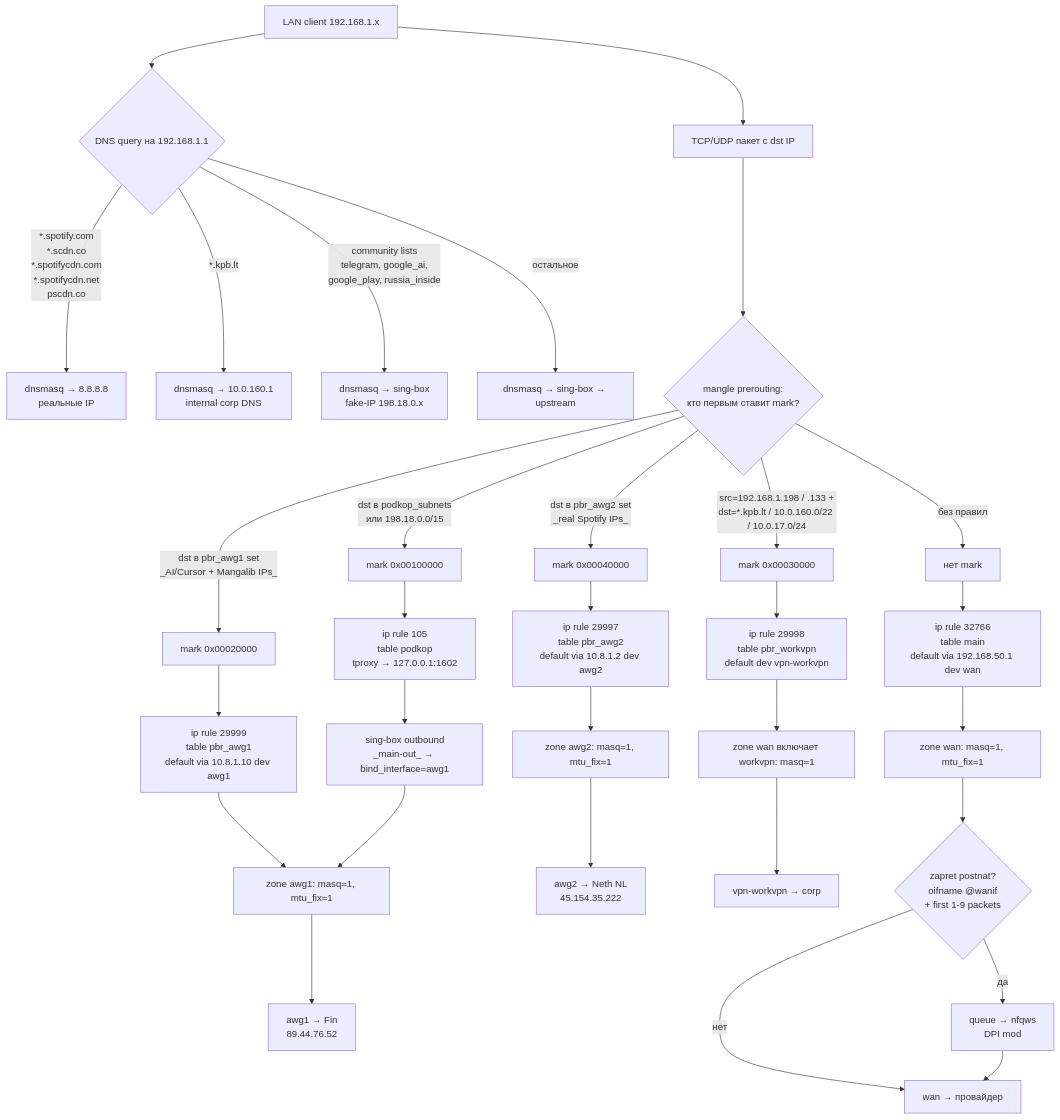
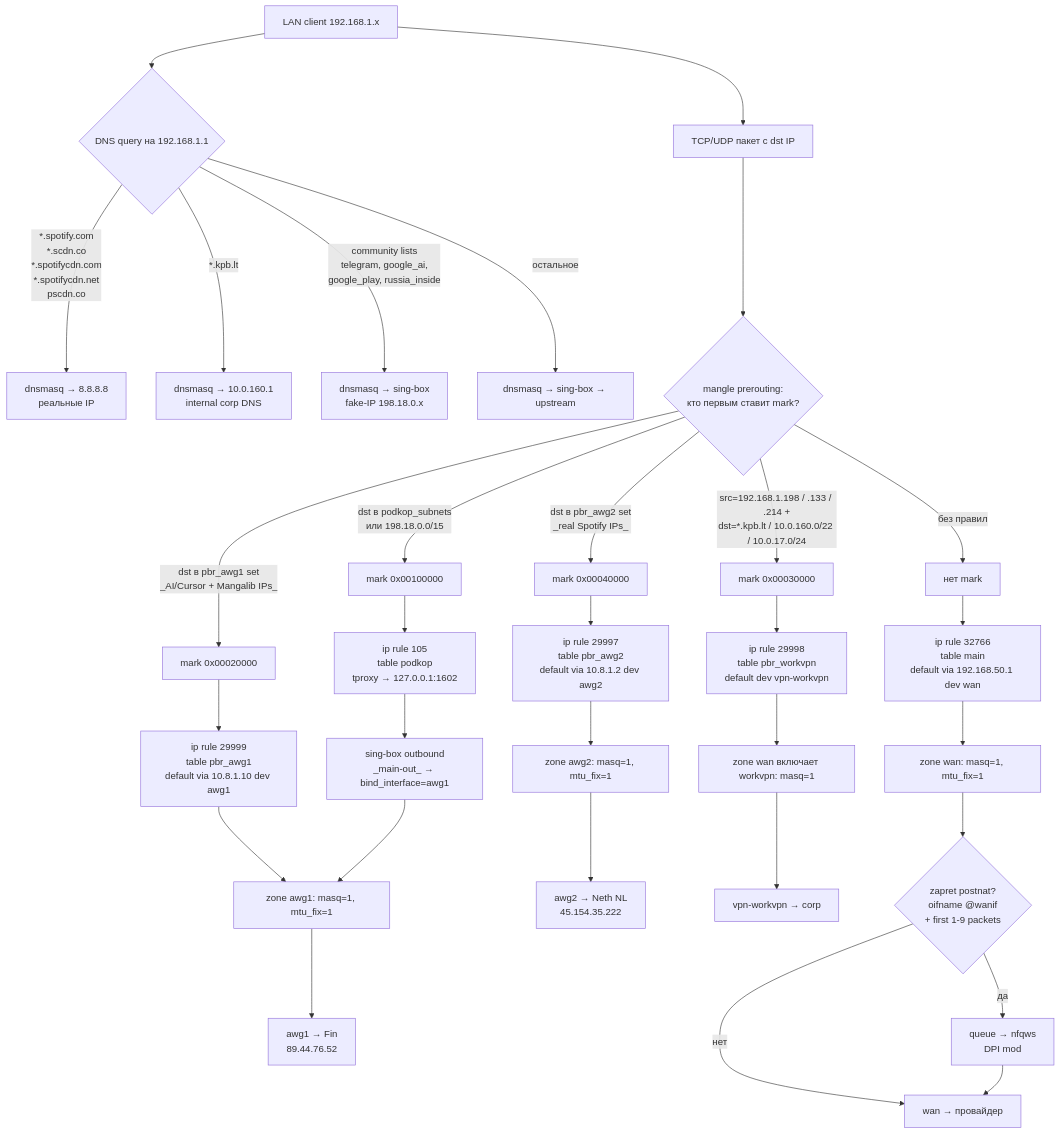
The diagram in docs/network/router-openwrt-x3000t.md (PUndef/home-server), drawn with Mermaid before and after one commit. The commit also changed other lines of this file and 2 other files, not shown here.

````diff
--- a/docs/network/router-openwrt-x3000t.md
+++ b/docs/network/router-openwrt-x3000t.md
@@ -69,41 +69,41 @@
 ```mermaid
 graph TD
   L[LAN client 192.168.1.x]
 
   L --> DNS{DNS query на 192.168.1.1}
   DNS -->|*.spotify.com\n*.scdn.co\n*.spotifycdn.com\n*.spotifycdn.net\npscdn.co| DNS_DIR[dnsmasq → 8.8.8.8\nреальные IP]
   DNS -->|*.kpb.lt| DNS_WORK[dnsmasq → 10.0.160.1\ninternal corp DNS]
   DNS -->|community lists\ntelegram, google_ai,\ngoogle_play, russia_inside| DNS_PD[dnsmasq → sing-box\nfake-IP 198.18.0.x]
   DNS -->|остальное| DNS_FW[dnsmasq → sing-box → upstream]
 
   L --> PKT[TCP/UDP пакет с dst IP]
 
   PKT --> MARK{mangle prerouting:\nкто первым ставит mark?}
 
   MARK -->|dst в pbr_awg2 set\n_real Spotify IPs_| MK_AWG2[mark 0x00040000]
   MARK -->|dst в pbr_awg1 set\n_AI/Cursor + Mangalib IPs_| MK_AWG1[mark 0x00020000]
-  MARK -->|src=192.168.1.198 / .133 +\ndst=*.kpb.lt / 10.0.160.0/22 / 10.0.17.0/24| MK_WORK[mark 0x00030000]
+  MARK -->|src=192.168.1.198 / .133 / .214 +\ndst=*.kpb.lt / 10.0.160.0/22 / 10.0.17.0/24| MK_WORK[mark 0x00030000]
   MARK -->|dst в podkop_subnets\nили 198.18.0.0/15| MK_PD[mark 0x00100000]
   MARK -->|без правил| MK_NONE[нет mark]
 
   MK_AWG2 --> R_AWG2[ip rule 29997\ntable pbr_awg2\ndefault via 10.8.1.2 dev awg2]
   MK_AWG1 --> R_AWG1[ip rule 29999\ntable pbr_awg1\ndefault via 10.8.1.10 dev awg1]
   MK_WORK --> R_WORK[ip rule 29998\ntable pbr_workvpn\ndefault dev vpn-workvpn]
   MK_PD --> R_PD[ip rule 105\ntable podkop\ntproxy → 127.0.0.1:1602]
   MK_NONE --> R_MAIN[ip rule 32766\ntable main\ndefault via 192.168.50.1 dev wan]
 
   R_AWG2 --> NAT_AWG2[zone awg2: masq=1, mtu_fix=1]
   R_AWG1 --> NAT_AWG1[zone awg1: masq=1, mtu_fix=1]
   R_WORK --> NAT_WORK[zone wan включает workvpn: masq=1]
   R_PD --> SB[sing-box outbound\n_main-out_ → bind_interface=awg1]
   SB --> NAT_AWG1
   R_MAIN --> NAT_WAN[zone wan: masq=1, mtu_fix=1]
 
   NAT_AWG2 --> OUT_AWG2[awg2 → Neth NL\n45.154.35.222]
   NAT_AWG1 --> OUT_AWG1[awg1 → Fin\n89.44.76.52]
   NAT_WORK --> OUT_WORK[vpn-workvpn → corp]
   NAT_WAN --> ZAP{zapret postnat?\noifname @wanif\n+ first 1-9 packets}
   ZAP -->|да| ZQ[queue → nfqws\nDPI mod]
   ZAP -->|нет| OUT_WAN[wan → провайдер]
   ZQ --> OUT_WAN
 ```
````
